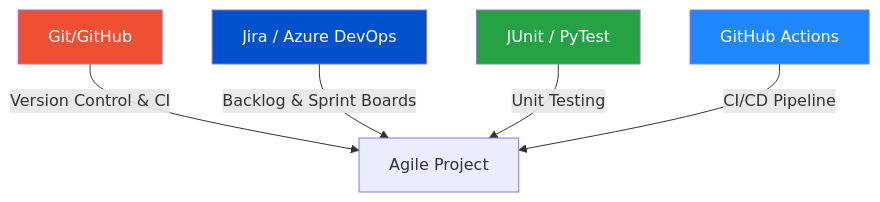
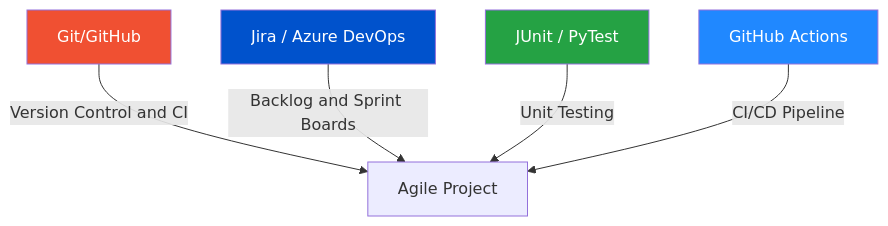
Before and after one commit to amitdevx/TY: the second of 2 diagrams in 02-Semester-VI/CS-371-VSC-P-Agile-Processes/Overview.md, drawn with Mermaid. The commit also changed other lines of this file and 186 other files, not shown here.

````diff
--- a/02-Semester-VI/CS-371-VSC-P-Agile-Processes/Overview.md
+++ b/02-Semester-VI/CS-371-VSC-P-Agile-Processes/Overview.md
@@ -96,11 +98,11 @@
 ```mermaid
 graph TD
-    T1[Git/GitHub] -->|Version Control & CI| P[Agile Project]
-    T2[Jira / Azure DevOps] -->|Backlog & Sprint Boards| P
+    T1[Git/GitHub] -->|Version Control and CI| P[Agile Project]
+    T2[Jira / Azure DevOps] -->|Backlog and Sprint Boards| P
     T3[JUnit / PyTest] -->|Unit Testing| P
     T4[GitHub Actions] -->|CI/CD Pipeline| P
     style T1 fill:#F05032,color:#fff
     style T2 fill:#0052CC,color:#fff
     style T3 fill:#25A244,color:#fff
     style T4 fill:#2088FF,color:#fff
 ```
````
